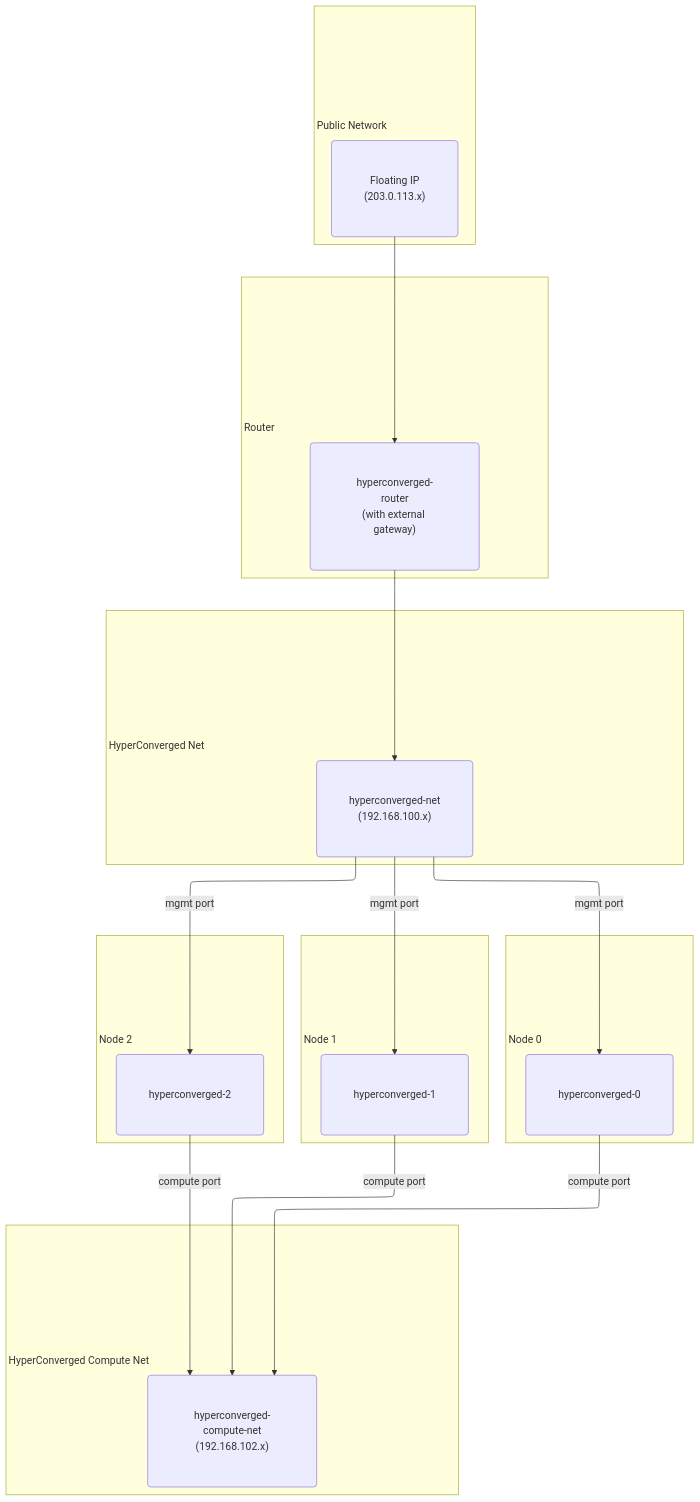
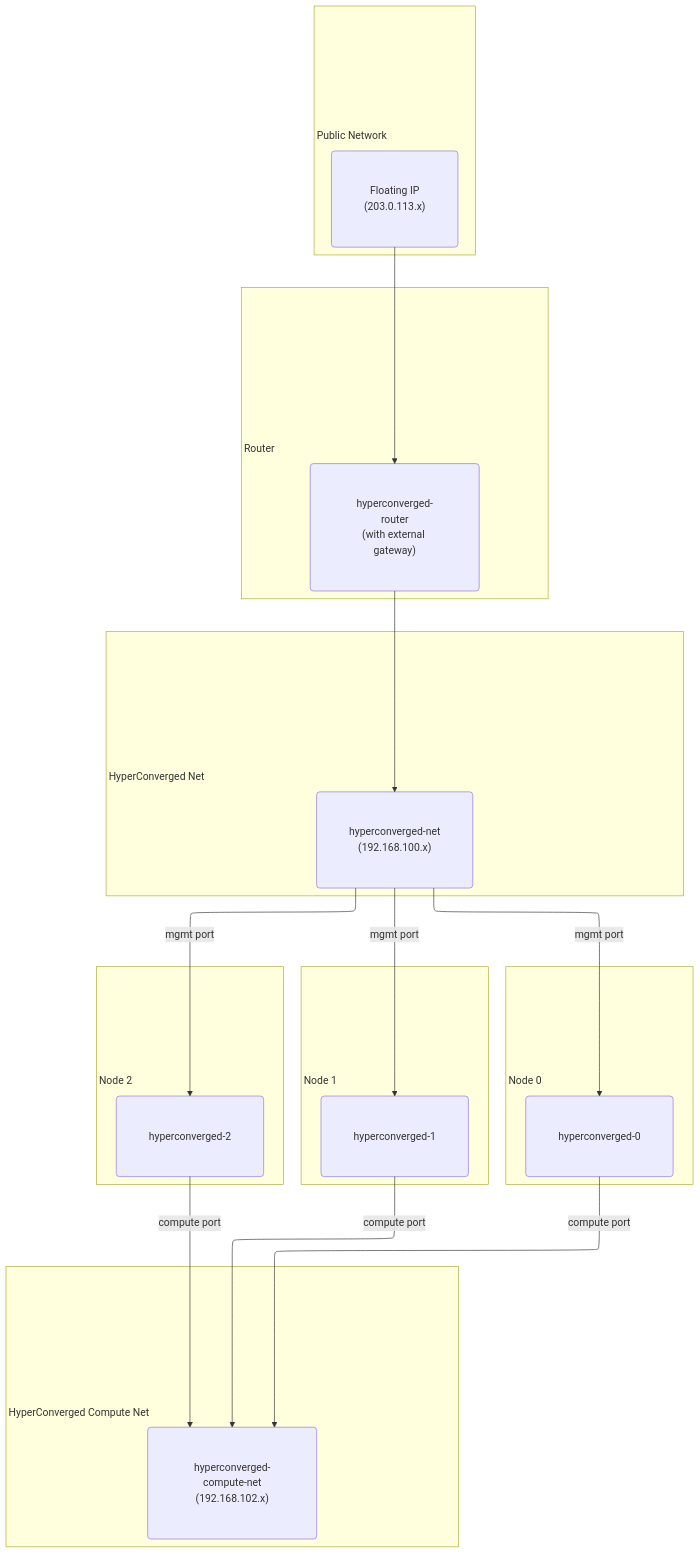
Before and after one commit to OpenStackKen/genestack: the diagram in docs/content/deployment-guide/hyperconverged-lab.md, drawn with Mermaid.

Commit message:
Fix hyperconverged diagram

````diff
--- a/docs/content/deployment-guide/hyperconverged-lab.md
+++ b/docs/content/deployment-guide/hyperconverged-lab.md
@@ -54,60 +54,60 @@
 ``` mermaid
 ---
 config:
     flowchart:
         useMaxWidth: true
         diagramPadding: 20
         nodeSpacing: 80
         rankSpacing: 80
         curve: "basis"
         padding: 50
         defaultRenderer: "elk"
         wrappingWidth: 160
         inheritDir: true
         subGraphTitleMargin:
             top: 4
             bottom: 6
 ---
 flowchart TB
     %% Define clusters/subgraphs for clarity
-    subgraph Public_Network ["<div style="width:15em; height:12em; display:flex; justify-content: flex-start; align-items:flex-end;">Public Network</div>"]
+    subgraph Public_Network ["<div style="width:15em; height:13em; display:flex; justify-content: flex-start; align-items:flex-end;">Public Network</div>"]
         PF("Floating IP<br>(203.0.113.x)")
     end
 
-    subgraph Router ["<div style="width:29em; height:15em; display:flex; justify-content: flex-start; align-items:flex-end;">Router</div>"]
+    subgraph Router ["<div style="width:29em; height:16em; display:flex; justify-content: flex-start; align-items:flex-end;">Router</div>"]
         TR("hyperconverged-router<br>(with external gateway)")
     end
 
-    subgraph Hyperconverged_Net ["<div style="width:55em; height:13.5em; display:flex; justify-content: flex-start; align-items:flex-end;">HyperConverged Net</div>"]
+    subgraph Hyperconverged_Net ["<div style="width:55em; height:14.5em; display:flex; justify-content: flex-start; align-items:flex-end;">HyperConverged Net</div>"]
         TN("hyperconverged-net<br>(192.168.100.x)")
     end
 
-    subgraph Hyperconverged_Compute_Net ["<div style="width:43em; height:13.5em; display:flex; justify-content: flex-start; align-items:flex-end;">HyperConverged Compute Net</div>"]
+    subgraph Hyperconverged_Compute_Net ["<div style="width:43em; height:14.5em; display:flex; justify-content: flex-start; align-items:flex-end;">HyperConverged Compute Net</div>"]
         TCN("hyperconverged-compute-net<br>(192.168.102.x)")
     end
 
     %% Hyperconverged Nodes
-    subgraph NODE_0 ["<div style="width:17.5em; height:10.5em; display:flex; justify-content: flex-start; align-items:flex-end;">Node 0</div>"]
+    subgraph NODE_0 ["<div style="width:17.5em; height:11.5em; display:flex; justify-content: flex-start; align-items:flex-end;">Node 0</div>"]
         HPC0("hyperconverged-0")
     end
 
-    subgraph Node_1 ["<div style="width:17.5em; height:10.5em; display:flex; justify-content: flex-start; align-items:flex-end;">Node 1</div>"]
+    subgraph Node_1 ["<div style="width:17.5em; height:11.5em; display:flex; justify-content: flex-start; align-items:flex-end;">Node 1</div>"]
         HPC1("hyperconverged-1")
     end
 
-    subgraph Node_2 ["<div style="width:17.5em; height:10.5em; display:flex; justify-content: flex-start; align-items:flex-end;">Node 2</div>"]
+    subgraph Node_2 ["<div style="width:17.5em; height:11.5em; display:flex; justify-content: flex-start; align-items:flex-end;">Node 2</div>"]
         HPC2("hyperconverged-2")
     end
 
     %% Connections
     PF --> TR
     TR --> TN
 
     TN -- mgmt port --> HPC0
     TN -- mgmt port --> HPC1
     TN -- mgmt port --> HPC2
 
     HPC0 -- compute port --> TCN
     HPC1 -- compute port --> TCN
     HPC2 -- compute port --> TCN
 ```
````
